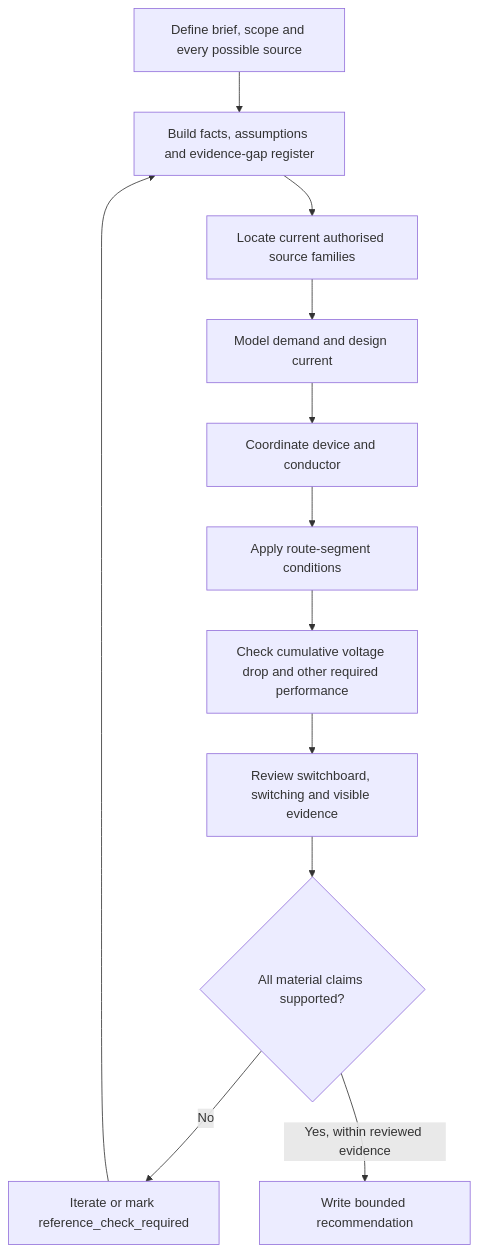
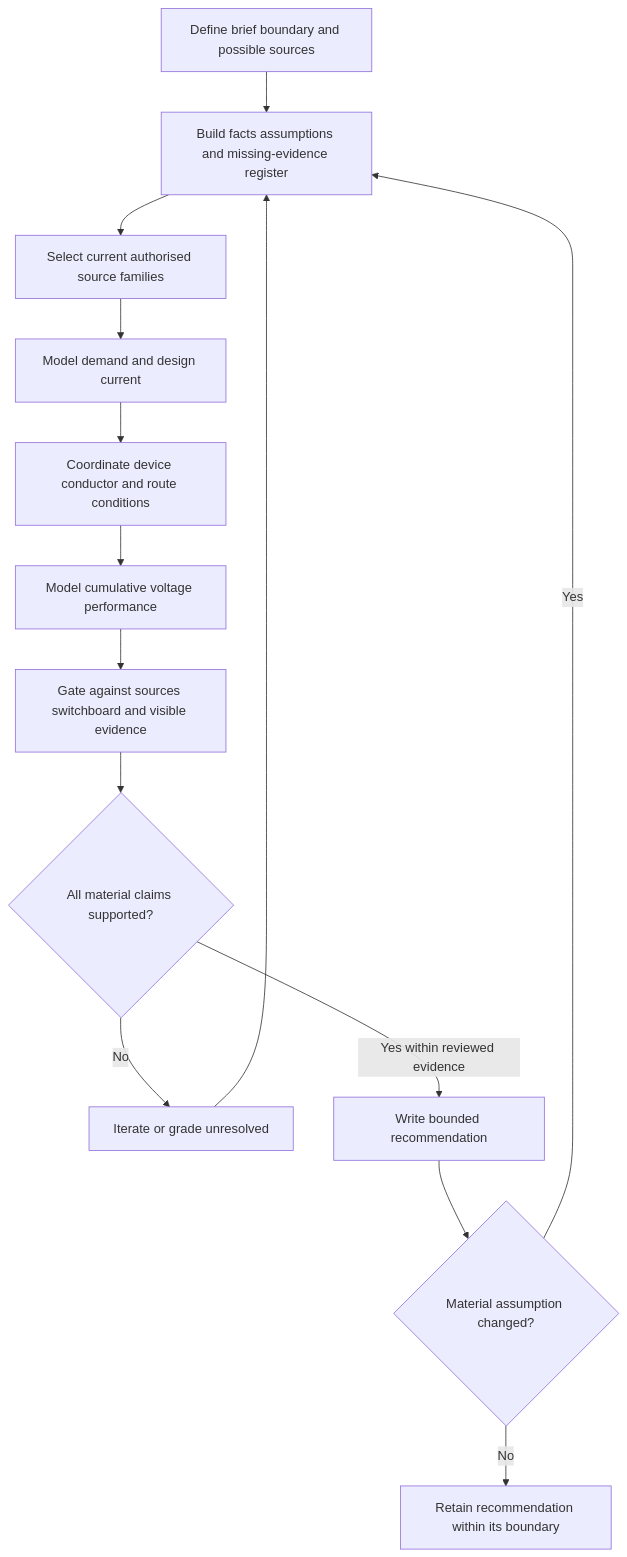
The first of 2 diagrams in docs/learning-plans/4-week/modules/day-14-week-2-integrated-design-exercise.md (andrew3stedall/capstone), drawn with Mermaid before and after one commit. The commit also changed other lines of this file, not shown here.

````diff
--- a/docs/learning-plans/4-week/modules/day-14-week-2-integrated-design-exercise.md
+++ b/docs/learning-plans/4-week/modules/day-14-week-2-integrated-design-exercise.md
@@ -140,14 +133,16 @@
 ```mermaid
 flowchart TD
-    A["Define brief, scope and every possible source"] --> B["Build facts, assumptions and evidence-gap register"]
-    B --> C["Locate current authorised source families"]
+    A["Define brief boundary and possible sources"] --> B["Build facts assumptions and missing-evidence register"]
+    B --> C["Select current authorised source families"]
     C --> D["Model demand and design current"]
-    D --> E["Coordinate device and conductor"]
-    E --> F["Apply route-segment conditions"]
-    F --> G["Check cumulative voltage drop and other required performance"]
-    G --> H["Review switchboard, switching and visible evidence"]
-    H --> I{"All material claims supported?"}
-    I -->|"No"| J["Iterate or mark reference_check_required"]
-    J --> B
-    I -->|"Yes, within reviewed evidence"| K["Write bounded recommendation"]
+    D --> E["Coordinate device conductor and route conditions"]
+    E --> F["Model cumulative voltage performance"]
+    F --> G["Gate against sources switchboard and visible evidence"]
+    G --> H{"All material claims supported?"}
+    H -->|"No"| I["Iterate or grade unresolved"]
+    I --> B
+    H -->|"Yes within reviewed evidence"| J["Write bounded recommendation"]
+    J --> K{"Material assumption changed?"}
+    K -->|"Yes"| B
+    K -->|"No"| L["Retain recommendation within its boundary"]
 ```
````
